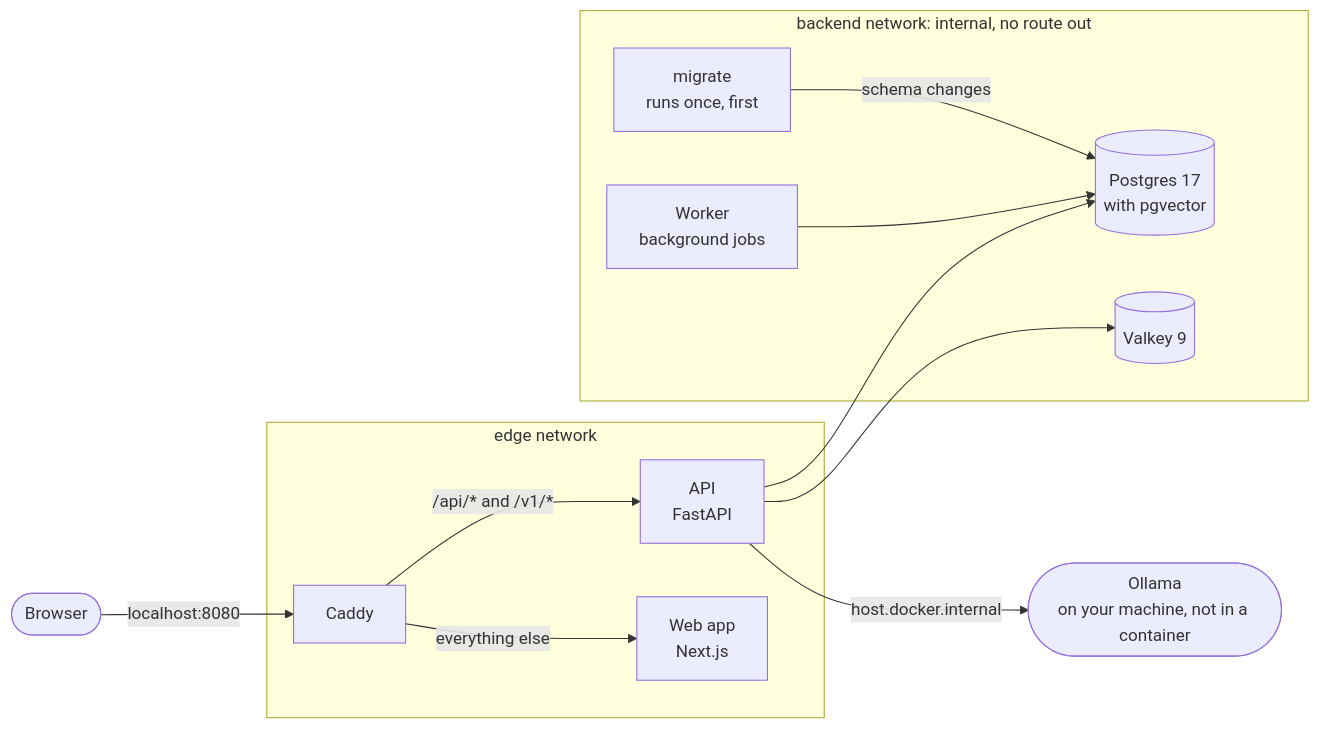
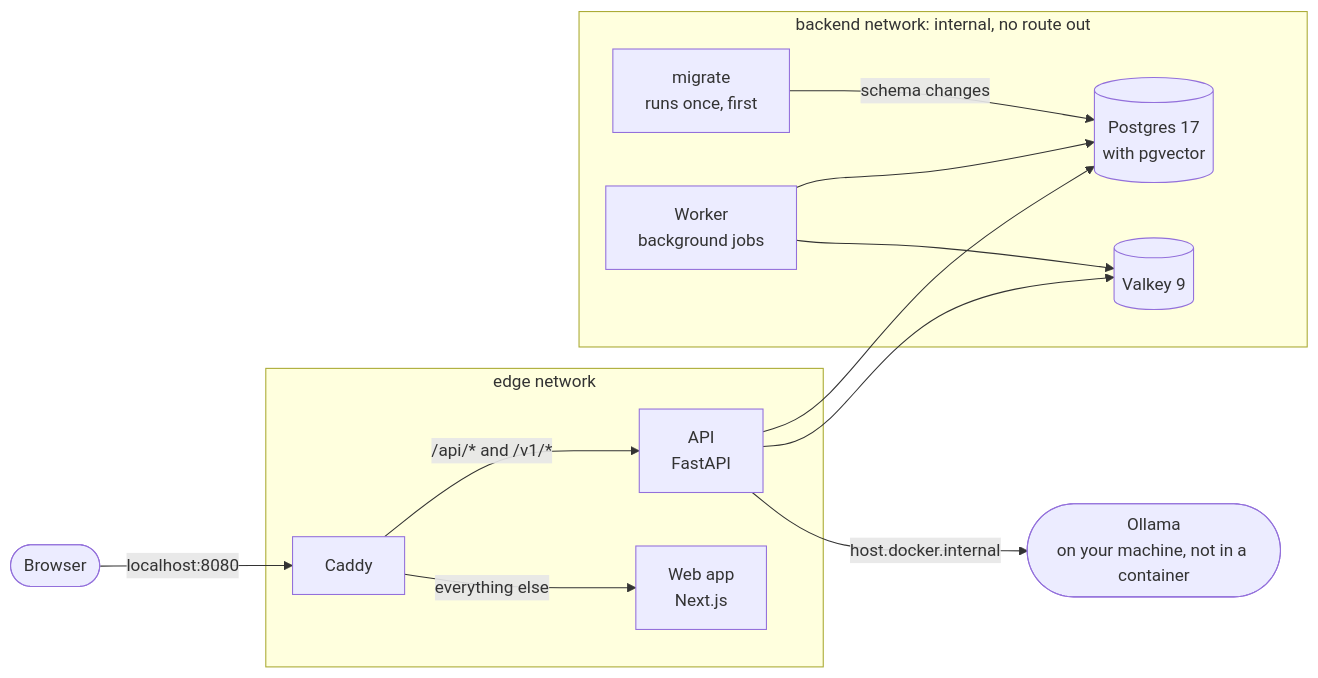
Before and after one commit to fatihrime/actio: the diagram in docs/architecture.md, drawn with Mermaid. The commit also changed other lines of this file and 2 other files, not shown here.

Commit message:
docs: describe the note beside a ledger row, and the worker's third job

````diff
--- a/docs/architecture.md
+++ b/docs/architecture.md
@@ -7,23 +7,24 @@
 ```mermaid
 flowchart LR
     browser([Browser]) -->|"localhost:8080"| caddy
     subgraph edge ["edge network"]
         caddy["Caddy"]
         web["Web app<br>Next.js"]
         api["API<br>FastAPI"]
     end
     subgraph backend ["backend network: internal, no route out"]
         migrate["migrate<br>runs once, first"]
         worker["Worker<br>background jobs"]
         postgres[("Postgres 17<br>with pgvector")]
         valkey[("Valkey 9")]
     end
     ollama(["Ollama<br>on your machine, not in a container"])
     caddy -->|"/api/* and /v1/*"| api
     caddy -->|"everything else"| web
     migrate -->|"schema changes"| postgres
     api --> postgres
     api --> valkey
     worker --> postgres
+    worker --> valkey
     api -->|"host.docker.internal"| ollama
 ```
````
